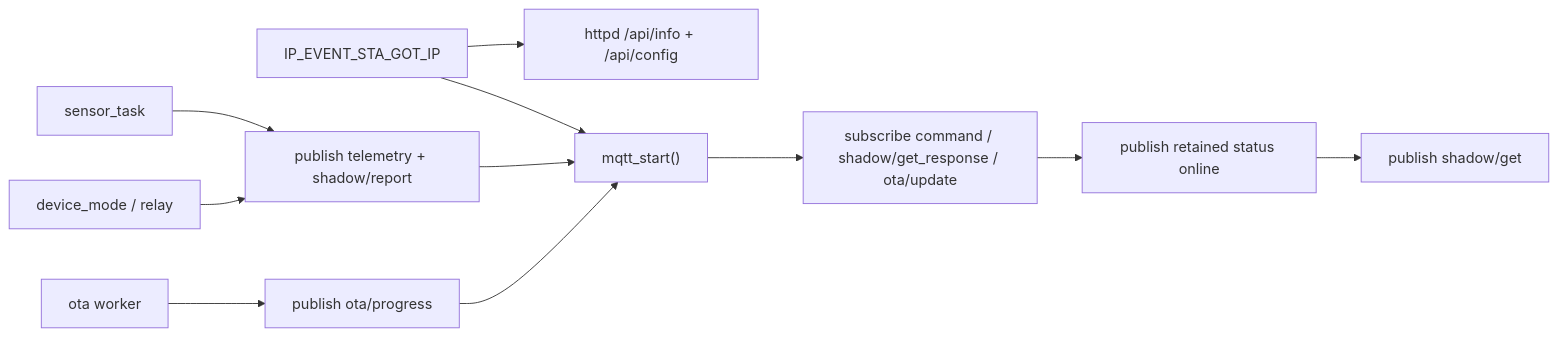
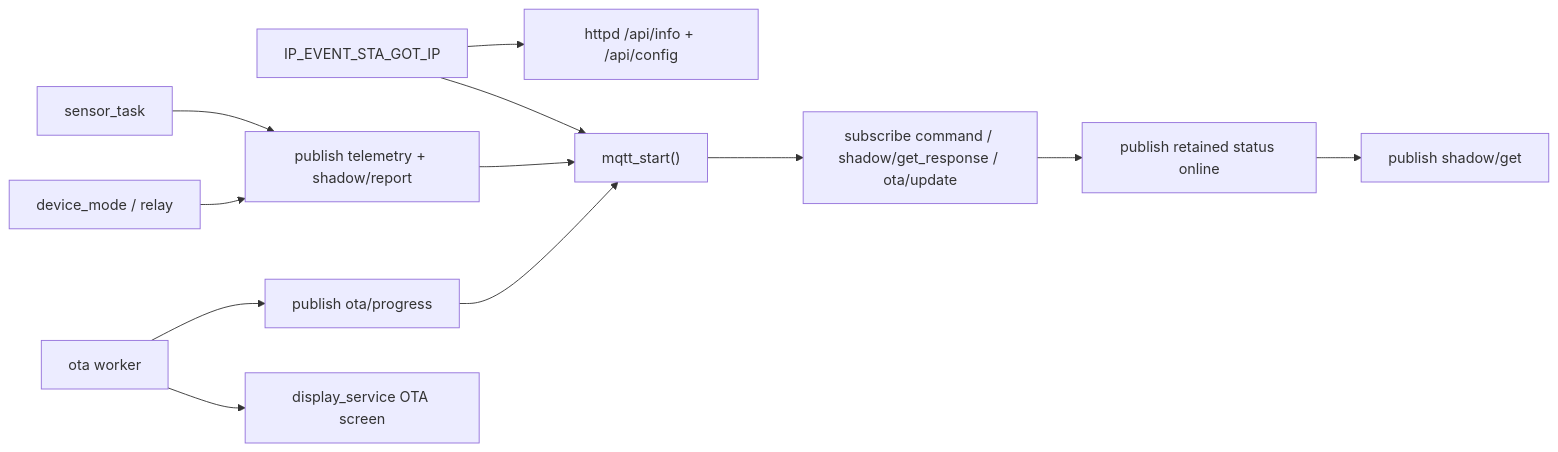
Before and after one commit to meeTeam05/smart-air: the fourth of 4 diagrams in docs/ARCHITECTURE_FIRMWARE.md, drawn with Mermaid. The commit also changed other lines of this file and 2 other files, not shown here.

Commit message:
docs: update boot flow architecture and remove obsolete telemetry CSV data

````diff
--- a/docs/ARCHITECTURE_FIRMWARE.md
+++ b/docs/ARCHITECTURE_FIRMWARE.md
@@ -315,13 +317,14 @@
 ```mermaid
 flowchart LR
     GOTIP["IP_EVENT_STA_GOT_IP"] --> HTTPD["httpd /api/info + /api/config"]
     GOTIP --> START["mqtt_start()"]
     START --> SUB["subscribe command / shadow/get_response / ota/update"]
     SUB --> ONLINE["publish retained status online"]
     ONLINE --> GETSHADOW["publish shadow/get"]
     SENSOR["sensor_task"] --> PUB["publish telemetry + shadow/report"]
     MODE["device_mode / relay"] --> PUB
     OTAW["ota worker"] --> PROGRESS["publish ota/progress"]
+    OTAW --> TFT["display_service OTA screen"]
     PUB --> START
     PROGRESS --> START
 ```
````
